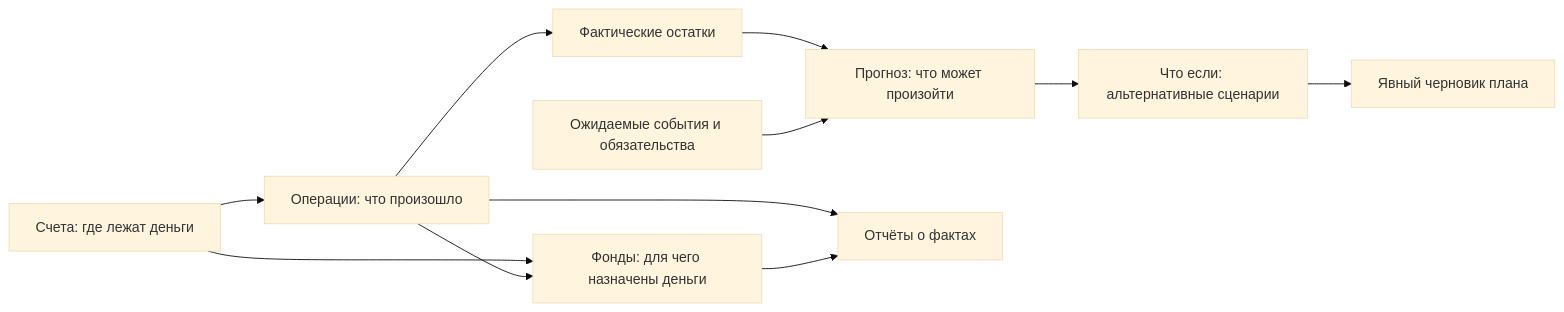
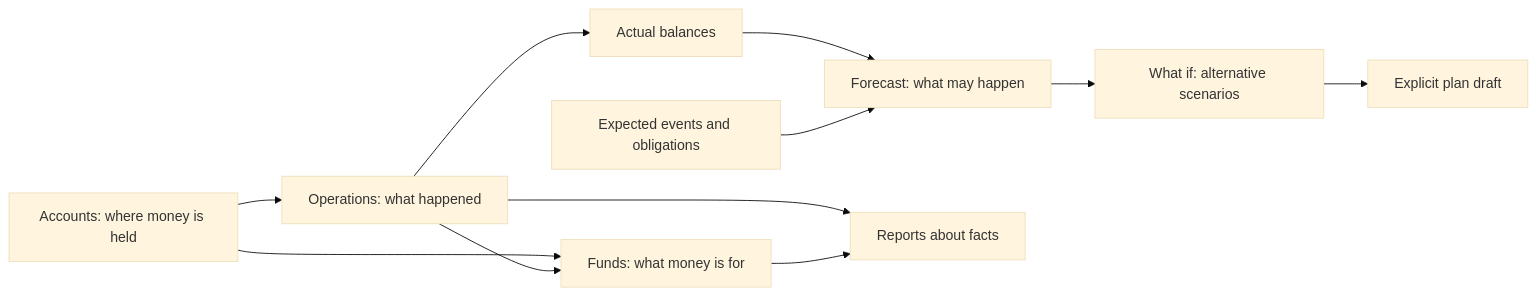
Before and after one commit to Gollardo/hermes: the diagram in docs/ui-ux/information-architecture.md, drawn with Mermaid (base theme). The commit also changed other lines of this file and 18 other files, not shown here.

````diff
--- a/docs/ui-ux/information-architecture.md
+++ b/docs/ui-ux/information-architecture.md
@@ -151,13 +150,13 @@
 ```mermaid
 flowchart LR
-    Accounts["Счета: где лежат деньги"] --> Operations["Операции: что произошло"]
-    Operations --> Balances["Фактические остатки"]
-    Accounts --> Funds["Фонды: для чего назначены деньги"]
+    Accounts["Accounts: where money is held"] --> Operations["Operations: what happened"]
+    Operations --> Balances["Actual balances"]
+    Accounts --> Funds["Funds: what money is for"]
     Operations --> Funds
-    Balances --> Forecast["Прогноз: что может произойти"]
-    Expected["Ожидаемые события и обязательства"] --> Forecast
-    Forecast --> Scenarios["Что если: альтернативные сценарии"]
-    Scenarios --> Draft["Явный черновик плана"]
-    Operations --> Reports["Отчёты о фактах"]
+    Balances --> Forecast["Forecast: what may happen"]
+    Expected["Expected events and obligations"] --> Forecast
+    Forecast --> Scenarios["What if: alternative scenarios"]
+    Scenarios --> Draft["Explicit plan draft"]
+    Operations --> Reports["Reports about facts"]
     Funds --> Reports
 ```
````
